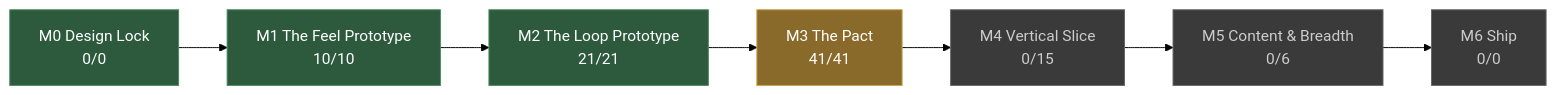
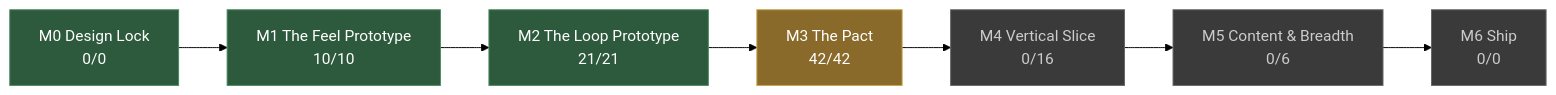
The diagram in docs/STATUS.md (JoshuaGessner/she), drawn with Mermaid (forest theme) before and after one commit. The commit also changed other lines of this file and 7 other files, not shown here.

````diff
--- a/docs/STATUS.md
+++ b/docs/STATUS.md
@@ -13,19 +13,19 @@
 ```mermaid
 flowchart LR
   M0["M0 Design Lock<br/>0/0"]:::passed
   M1["M1 The Feel Prototype<br/>10/10"]:::passed
   M0 --> M1
   M2["M2 The Loop Prototype<br/>21/21"]:::passed
   M1 --> M2
-  M3["M3 The Pact<br/>41/41"]:::current
+  M3["M3 The Pact<br/>42/42"]:::current
   M2 --> M3
-  M4["M4 Vertical Slice<br/>0/15"]:::ahead
+  M4["M4 Vertical Slice<br/>0/16"]:::ahead
   M3 --> M4
   M5["M5 Content & Breadth<br/>0/6"]:::ahead
   M4 --> M5
   M6["M6 Ship<br/>0/0"]:::ahead
   M5 --> M6
   classDef passed fill:#2d5a3d,stroke:#4a8a5f,color:#fff
   classDef current fill:#8a6a2a,stroke:#c8a04a,color:#fff
   classDef ahead fill:#3a3a3a,stroke:#666,color:#ccc
 ```
````
